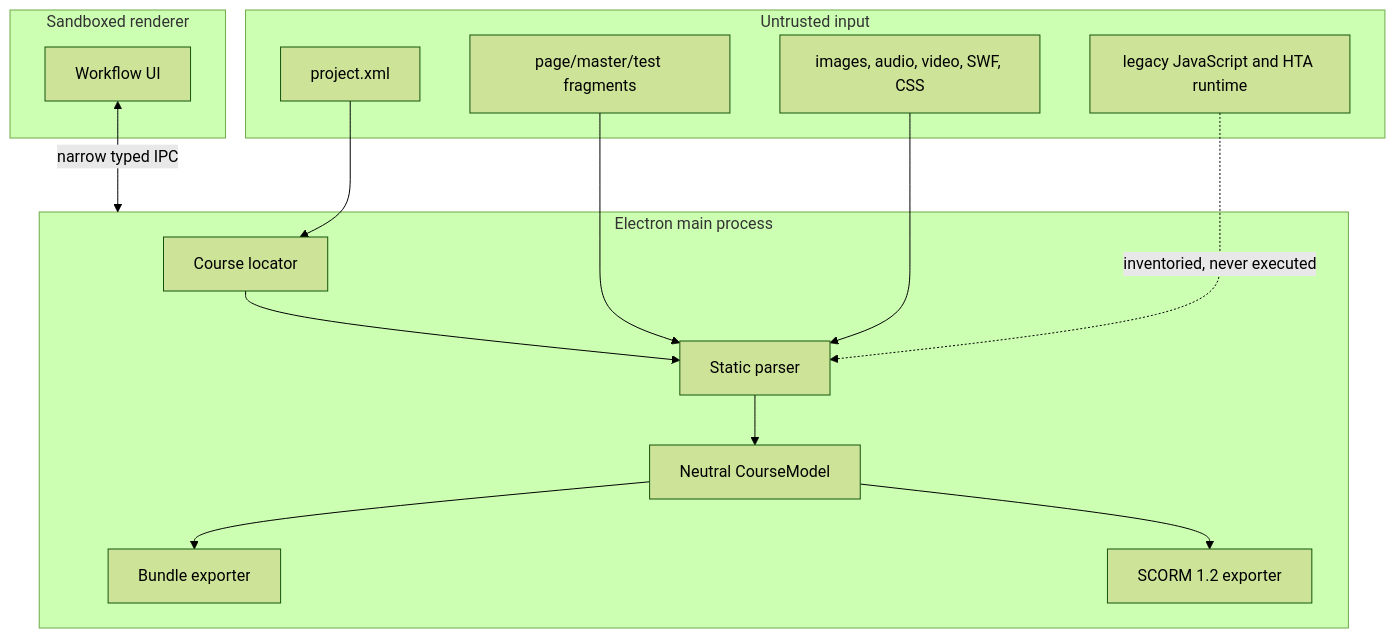
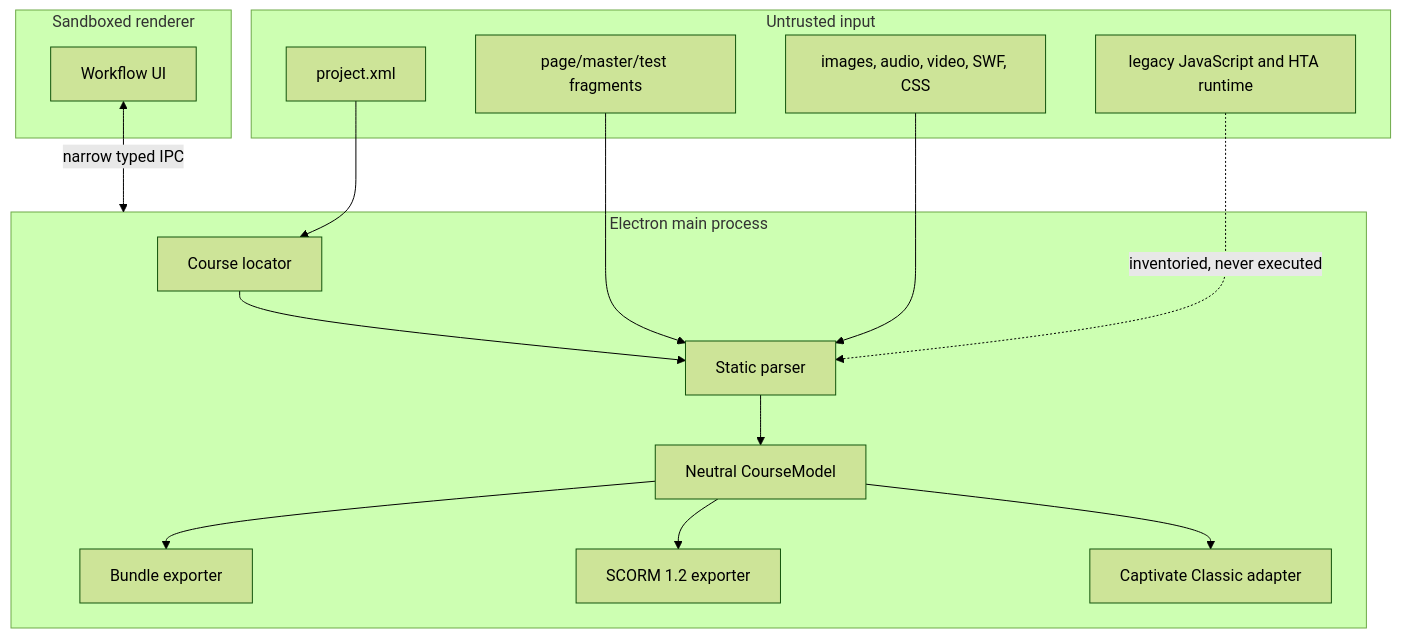
One commit to byrneDev/Compos-a-toast changed the diagram in docs/architecture.md. Above: the diagram before and after it, drawn with Mermaid (forest theme). The commit also changed other lines of this file and 40 other files, not shown here.

````diff
--- a/docs/architecture.md
+++ b/docs/architecture.md
@@ -10,29 +10,31 @@
 ```mermaid
 flowchart TB
   subgraph Untrusted["Untrusted input"]
     P["project.xml"]
     H["page/master/test fragments"]
     A["images, audio, video, SWF, CSS"]
     J["legacy JavaScript and HTA runtime"]
   end
 
   subgraph Main["Electron main process"]
     L["Course locator"]
     X["Static parser"]
     M["Neutral CourseModel"]
     B["Bundle exporter"]
     S["SCORM 1.2 exporter"]
+    C["Captivate Classic adapter"]
   end
 
   subgraph Renderer["Sandboxed renderer"]
     U["Workflow UI"]
   end
 
   P --> L --> X
   H --> X
   A --> X
   J -. "inventoried, never executed" .-> X
   X --> M --> B
   M --> S
+  M --> C
   U <-- "narrow typed IPC" --> Main
 ```
````
